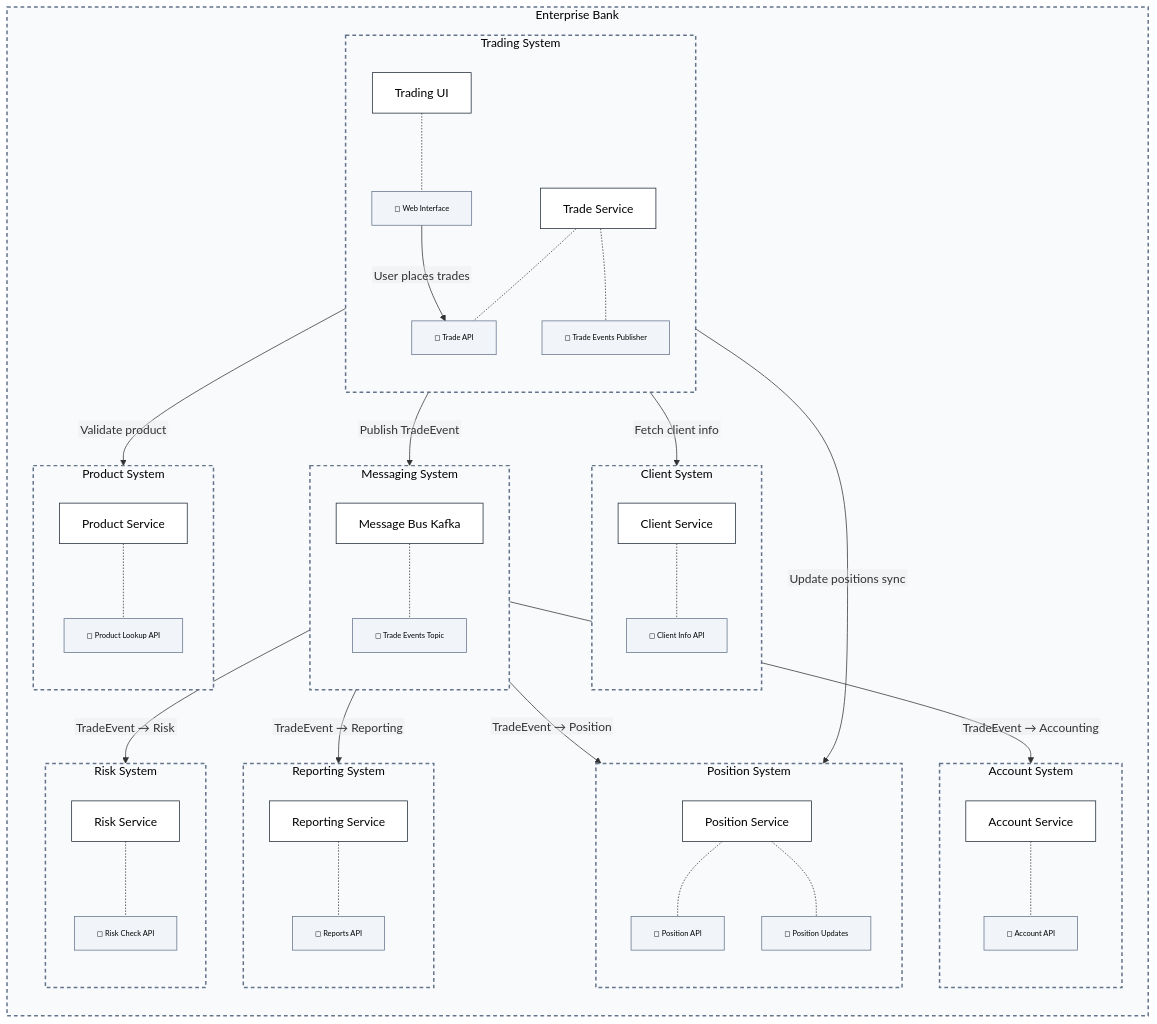
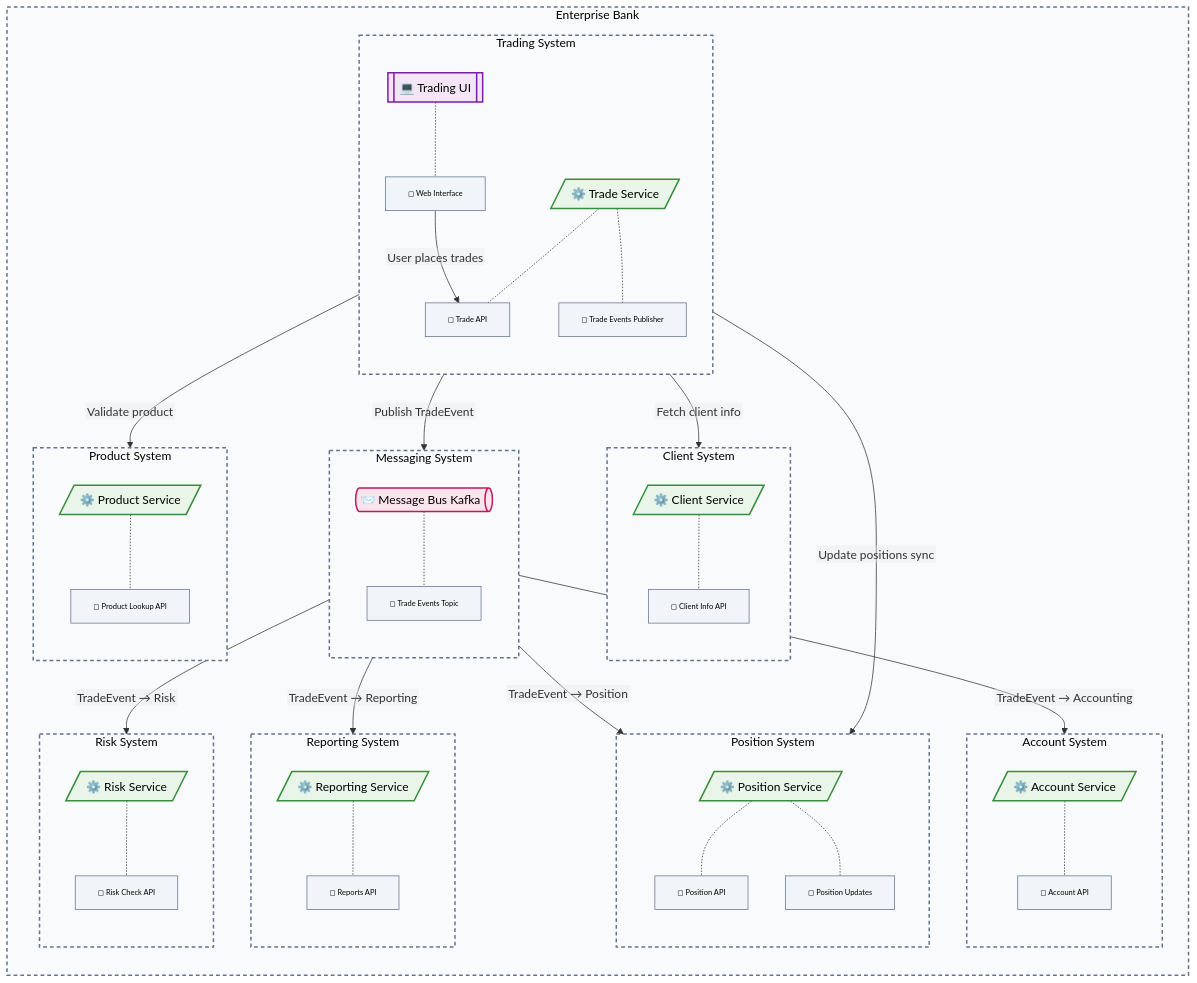
The second of 2 diagrams in calm-widgets/test-fixtures/block-architecture-widget/enterprise-bank-trading/expected.md (finos/architecture-as-code), drawn with Mermaid before and after one commit. The commit also changed 30 other files, not shown here.

Commit message:
feat(calm-widgets): adding new node-type shapes for block-architecture diagrams (#1669)

```diff
--- a/calm-widgets/test-fixtures/block-architecture-widget/enterprise-bank-trading/expected.md
+++ b/calm-widgets/test-fixtures/block-architecture-widget/enterprise-bank-trading/expected.md
@@ -76,58 +76,65 @@
 classDef node fill:#ffffff,stroke:#1f2937,stroke-width:1px,color:#000;
 classDef iface fill:#f1f5f9,stroke:#64748b,stroke-width:1px,font-size:10px,color:#000;
 classDef highlight fill:#fef3c7,stroke:#f59e0b,stroke-width:2px,color:#000;
+classDef actor fill:#e3f2fd,stroke:#1976d2,stroke-width:2px,color:#000;
+classDef database fill:#fff3e0,stroke:#f57c00,stroke-width:2px,color:#000;
+classDef webclient fill:#f3e5f5,stroke:#7b1fa2,stroke-width:2px,color:#000;
+classDef service fill:#e8f5e8,stroke:#388e3c,stroke-width:2px,color:#000;
+classDef messagebus fill:#fce4ec,stroke:#c2185b,stroke-width:2px,color:#000;
+classDef system fill:#fff8e1,stroke:#f9a825,stroke-width:2px,color:#000;
 
         subgraph enterprise-bank["Enterprise Bank"]
         direction TB
                 subgraph account-system["Account System"]
                 direction TB
-                    account-svc["Account Service"]:::node
+                    account-svc[/"⚙️ Account Service"/]:::service
                         account-svc__iface__account-api["◻ Account API"]:::iface
                 end
                 class account-system boundary
                 subgraph client-system["Client System"]
                 direction TB
-                    client-svc["Client Service"]:::node
+                    client-svc[/"⚙️ Client Service"/]:::service
                         client-svc__iface__client-info["◻ Client Info API"]:::iface
                 end
                 class client-system boundary
                 subgraph messaging-system["Messaging System"]
                 direction TB
-                    message-bus["Message Bus Kafka"]:::node
+                    message-bus@{shape: h-cyl, label: "📨 Message Bus Kafka"}
+                    class message-bus messagebus
                         message-bus__iface__trade-events-topic["◻ Trade Events Topic"]:::iface
                 end
                 class messaging-system boundary
                 subgraph position-system["Position System"]
                 direction TB
-                    position-svc["Position Service"]:::node
+                    position-svc[/"⚙️ Position Service"/]:::service
                         position-svc__iface__position-api["◻ Position API"]:::iface
                         position-svc__iface__position-updates["◻ Position Updates"]:::iface
                 end
                 class position-system boundary
                 subgraph product-system["Product System"]
                 direction TB
-                    product-svc["Product Service"]:::node
+                    product-svc[/"⚙️ Product Service"/]:::service
                         product-svc__iface__product-lookup["◻ Product Lookup API"]:::iface
                 end
                 class product-system boundary
                 subgraph reporting-system["Reporting System"]
                 direction TB
-                    reporting-svc["Reporting Service"]:::node
+                    reporting-svc[/"⚙️ Reporting Service"/]:::service
                         reporting-svc__iface__reports["◻ Reports API"]:::iface
                 end
                 class reporting-system boundary
                 subgraph risk-system["Risk System"]
                 direction TB
-                    risk-svc["Risk Service"]:::node
+                    risk-svc[/"⚙️ Risk Service"/]:::service
                         risk-svc__iface__risk-check["◻ Risk Check API"]:::iface
                 end
                 class risk-system boundary
                 subgraph trading-system["Trading System"]
                 direction TB
-                    trade-svc["Trade Service"]:::node
+                    trade-svc[/"⚙️ Trade Service"/]:::service
                         trade-svc__iface__trade-api["◻ Trade API"]:::iface
                         trade-svc__iface__trade-events["◻ Trade Events Publisher"]:::iface
-                    trading-ui["Trading UI"]:::node
+                    trading-ui[[💻 Trading UI]]:::webclient
                         trading-ui__iface__web-ui["◻ Web Interface"]:::iface
                 end
                 class trading-system boundary
```
